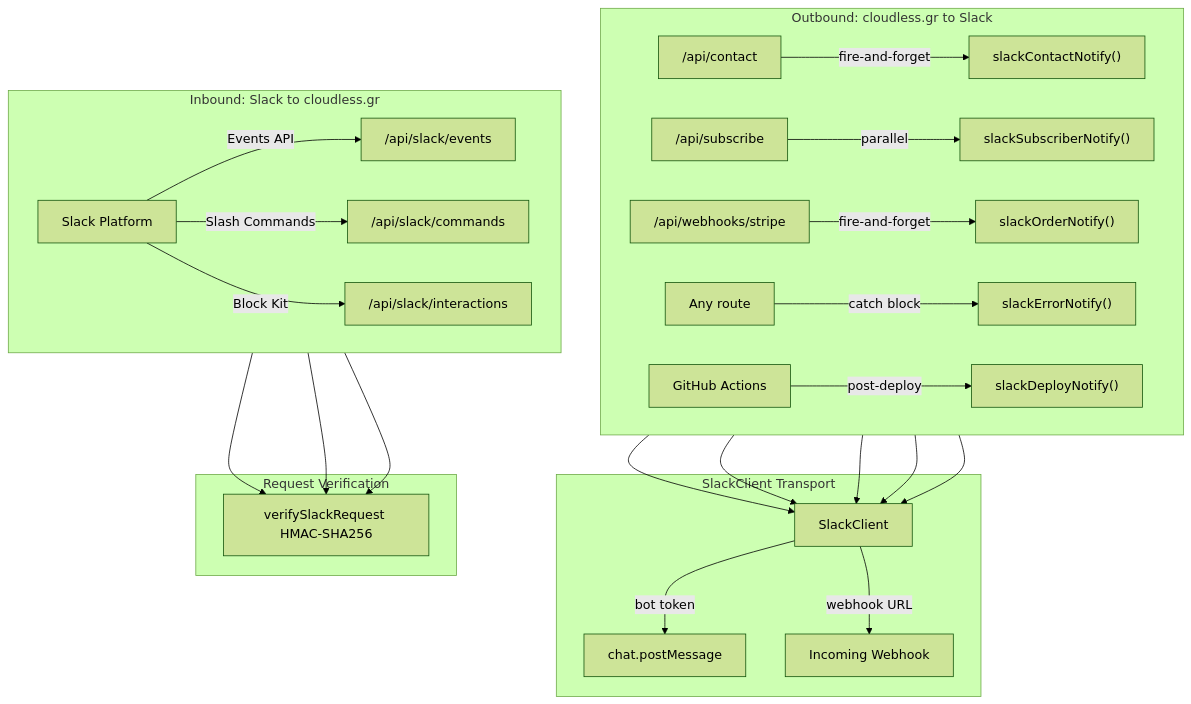
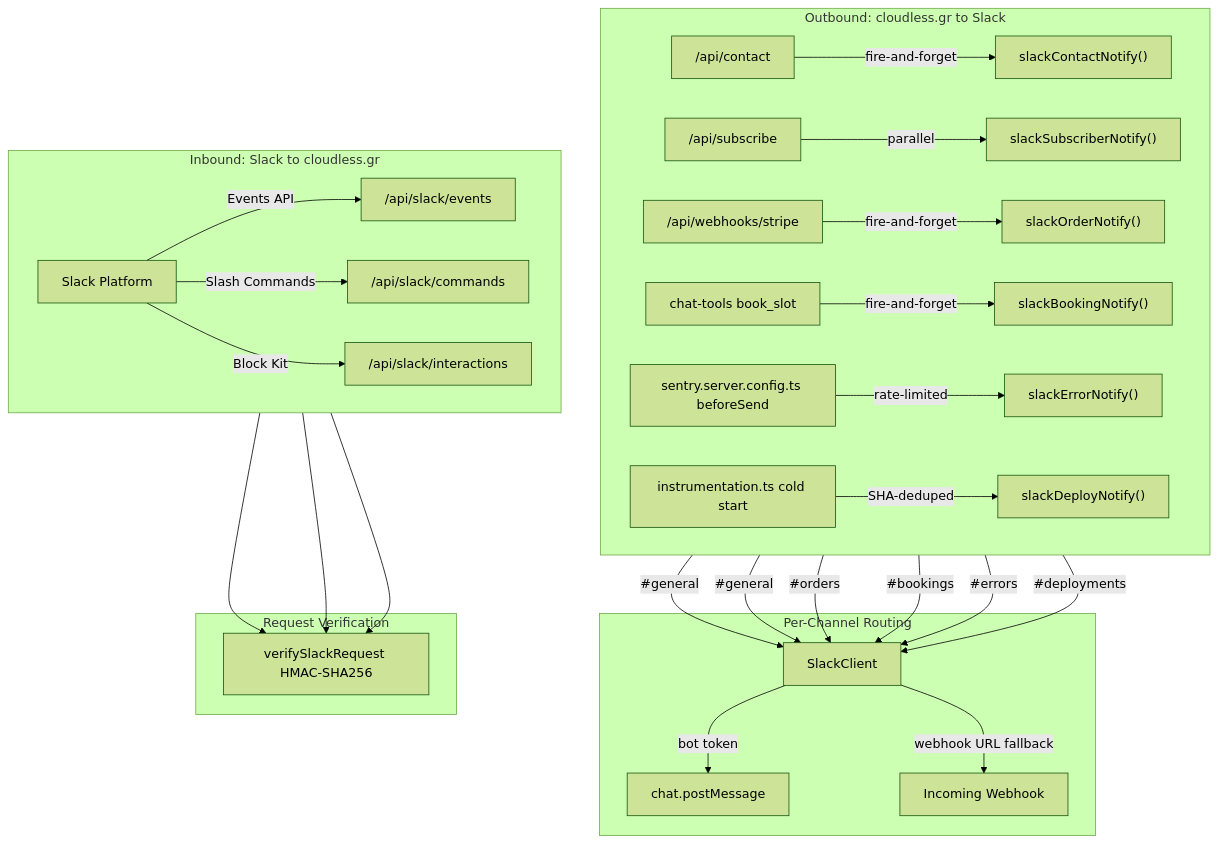
The first of 5 diagrams in docs/SLACK.md (Themis128/cloudless.gr), drawn with Mermaid (forest theme) before and after one commit. The commit also changed other lines of this file and 3 other files, not shown here.

````diff
--- a/docs/SLACK.md
+++ b/docs/SLACK.md
@@ -11,33 +11,35 @@
 ```mermaid
 graph TB
     subgraph Outbound["Outbound: cloudless.gr to Slack"]
         direction LR
         C_API["/api/contact"] -->|fire-and-forget| SCN["slackContactNotify()"]
         S_API["/api/subscribe"] -->|parallel| SSN["slackSubscriberNotify()"]
         W_API["/api/webhooks/stripe"] -->|fire-and-forget| SON["slackOrderNotify()"]
-        ANY["Any route"] -->|catch block| SEN["slackErrorNotify()"]
-        CI["GitHub Actions"] -->|post-deploy| SDN["slackDeployNotify()"]
+        CT["chat-tools book_slot"] -->|fire-and-forget| SBN["slackBookingNotify()"]
+        Sentry["sentry.server.config.ts beforeSend"] -->|rate-limited| SEN["slackErrorNotify()"]
+        Instr["instrumentation.ts cold start"] -->|SHA-deduped| SDN["slackDeployNotify()"]
     end
-    subgraph Transport["SlackClient Transport"]
-        SCN --> SC["SlackClient"]
-        SSN --> SC
-        SON --> SC
-        SEN --> SC
-        SDN --> SC
+    subgraph Channels["Per-Channel Routing"]
+        SCN -->|#general| SC["SlackClient"]
+        SSN -->|#general| SC
+        SON -->|#orders| SC
+        SBN -->|#bookings| SC
+        SEN -->|#errors| SC
+        SDN -->|#deployments| SC
         SC -->|bot token| API["chat.postMessage"]
-        SC -->|webhook URL| WH["Incoming Webhook"]
+        SC -->|webhook URL fallback| WH["Incoming Webhook"]
     end
 
     subgraph Inbound["Inbound: Slack to cloudless.gr"]
         direction LR
         SL["Slack Platform"] -->|Events API| EVT["/api/slack/events"]
         SL -->|Slash Commands| CMD["/api/slack/commands"]
         SL -->|Block Kit| INT["/api/slack/interactions"]
     end
 
     subgraph Verify["Request Verification"]
         EVT --> V["verifySlackRequest HMAC-SHA256"]
         CMD --> V
         INT --> V
     end
 ```
````
